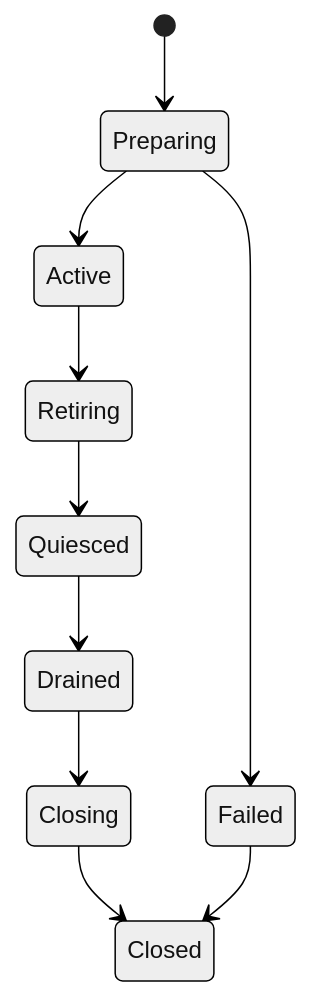
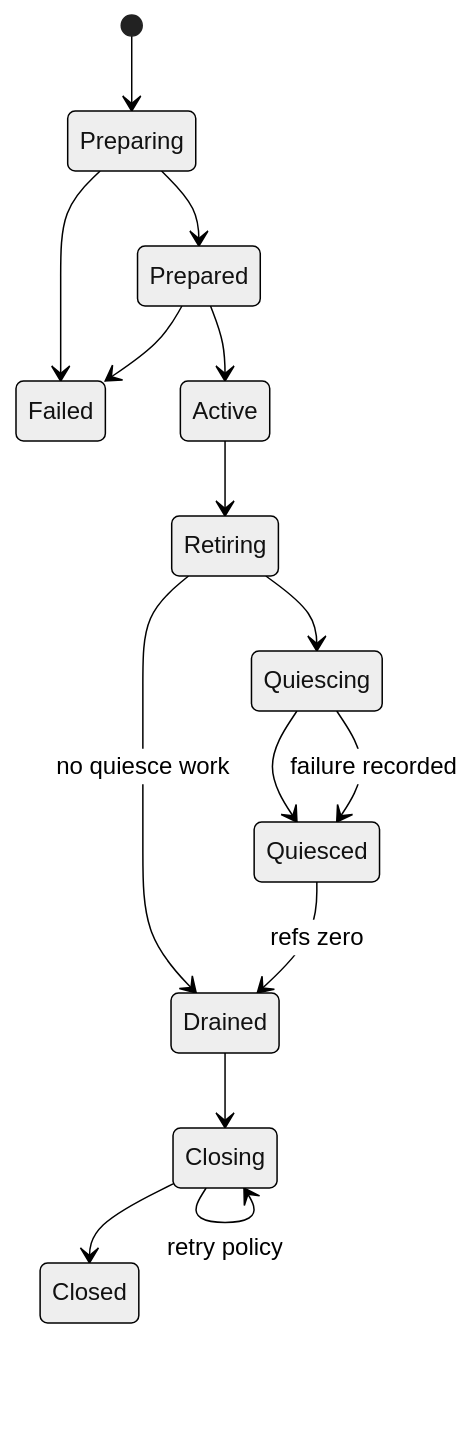
One commit to matdev83/go-llm-interactive-proxy changed the sixth of 6 diagrams in .kiro/specs/versioned-runtime-reloadable-proxy-configuration/design.md. Above: the diagram before and after it, drawn with Mermaid (neutral theme). The commit also changed other lines of this file, not shown here.

````diff
--- a/.kiro/specs/versioned-runtime-reloadable-proxy-configuration/design.md
+++ b/.kiro/specs/versioned-runtime-reloadable-proxy-configuration/design.md
@@ -739,12 +740,17 @@
 ```mermaid
 stateDiagram-v2
     [*] --> Preparing
+    Preparing --> Prepared
     Preparing --> Failed
-    Preparing --> Active
+    Prepared --> Active
+    Prepared --> Failed
     Active --> Retiring
-    Retiring --> Quiesced
-    Quiesced --> Drained
+    Retiring --> Quiescing
+    Quiescing --> Quiesced
+    Quiescing --> Quiesced: failure recorded
+    Retiring --> Drained: no quiesce work
+    Quiesced --> Drained: refs zero
     Drained --> Closing
     Closing --> Closed
-    Failed --> Closed
+    Closing --> Closing: retry policy
 ```
````
